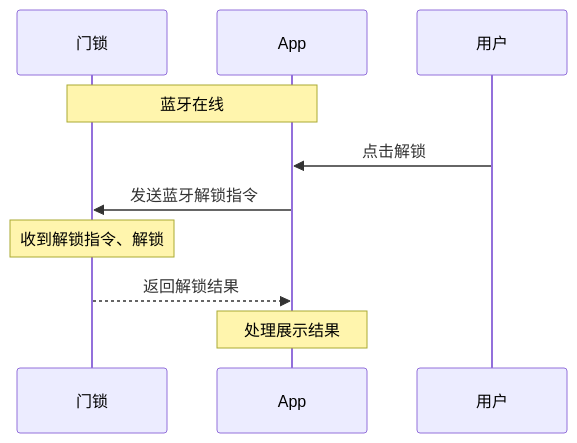
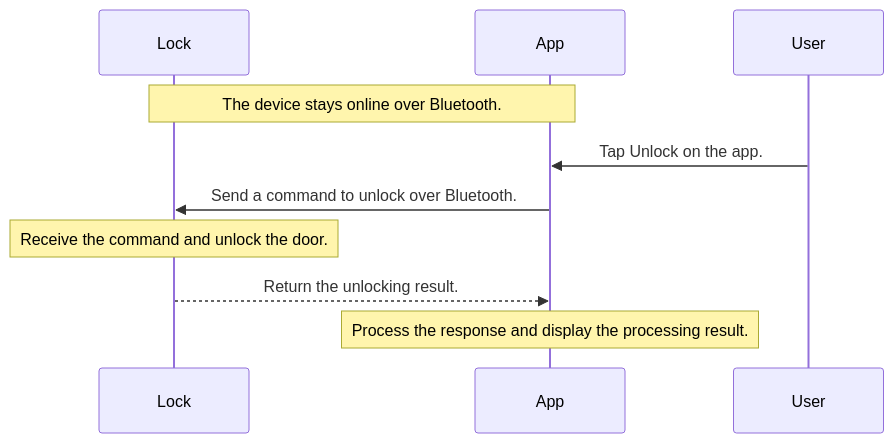
Before and after one commit to tuya/tuya-lock-android-demo: the third of 11 diagrams in lock/README.md, drawn with Mermaid. The commit also changed other lines of this file and 1 other file, not shown here.

````diff
--- a/lock/README.md
+++ b/lock/README.md
@@ -439,12 +458,12 @@
 ```mermaid
 sequenceDiagram
-participant D as 门锁
+participant D as Lock
 participant A as App
-participant U as 用户
-Note over D,A: 蓝牙在线
-U->>A: 点击解锁
-A->>D: 发送蓝牙解锁指令
-Note over D: 收到解锁指令、解锁
-D-->>A: 返回解锁结果
-Note over A: 处理展示结果
+participant U as User
+Note over D,A: The device stays online over Bluetooth.
+U->>A: Tap Unlock on the app.
+A->>D: Send a command to unlock over Bluetooth.
+Note over D: Receive the command and unlock the door.
+D-->>A: Return the unlocking result.
+Note over A: Process the response and display the processing result.
 ```
````
